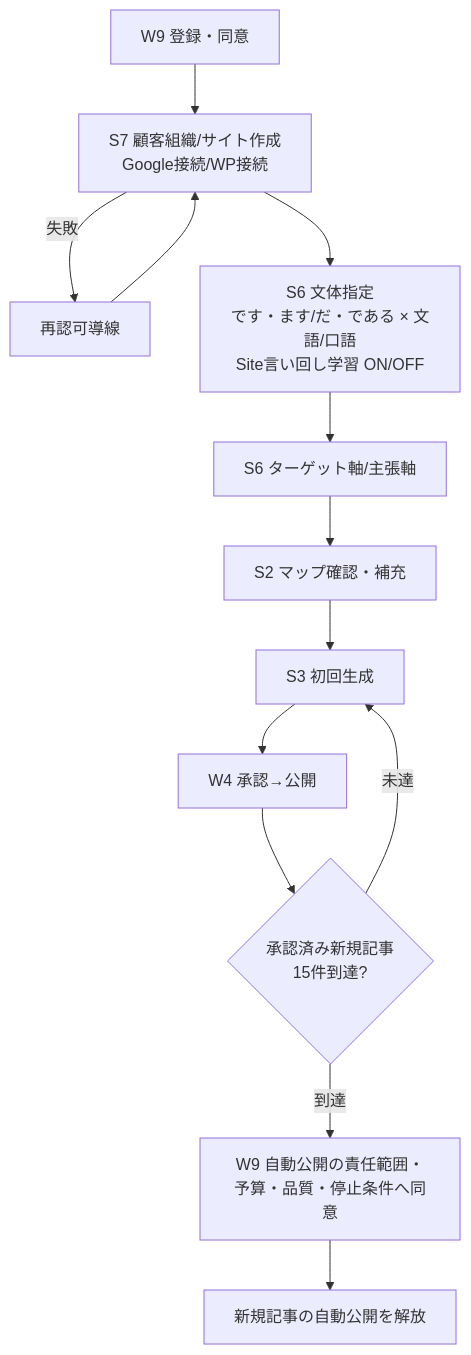
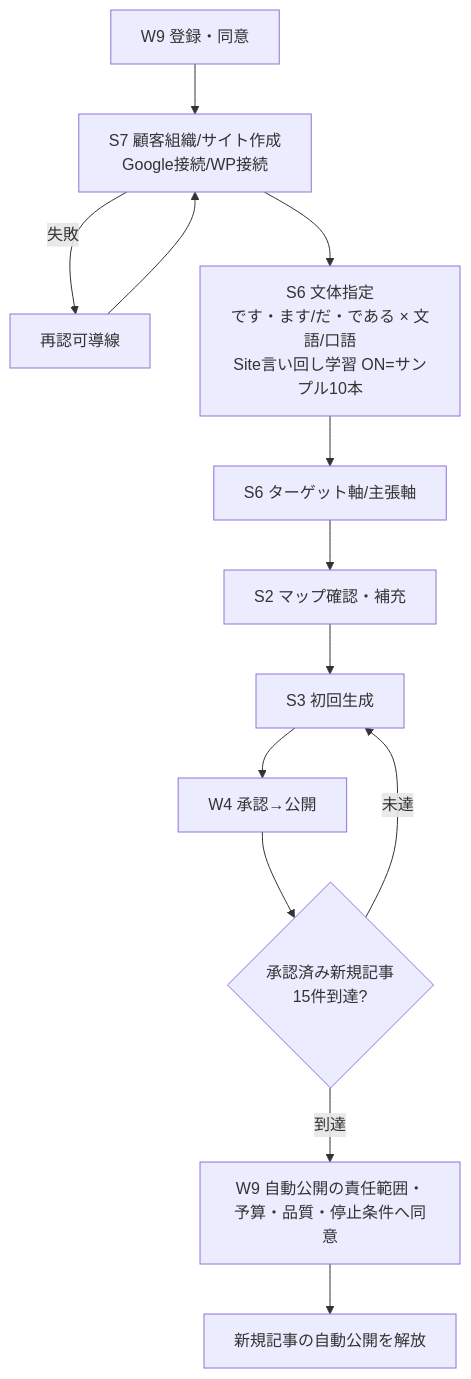
The fifth of 7 diagrams in docs/design/ai-office-de-seo/L3-ui-prototype/ai-office-de-seo-screen-flow_v3.7.md (unison-ai-product/AI-Office-de-SEO), drawn with Mermaid before and after one commit. The commit also changed 7 other files, not shown here.

````diff
--- a/docs/design/ai-office-de-seo/L3-ui-prototype/ai-office-de-seo-screen-flow_v3.7.md
+++ b/docs/design/ai-office-de-seo/L3-ui-prototype/ai-office-de-seo-screen-flow_v3.7.md
@@ -91,12 +91,12 @@
 ```mermaid
 flowchart TD
   A[W9 登録・同意] --> B[S7 顧客組織/サイト作成<br/>Google接続/WP接続]
   B -->|失敗| B2[再認可導線] --> B
-  B --> C[S6 文体指定<br/>です・ます/だ・である × 文語/口語<br/>Site言い回し学習 ON/OFF]
+  B --> C[S6 文体指定<br/>です・ます/だ・である × 文語/口語<br/>Site言い回し学習 ON=サンプル10本]
   C --> D[S6 ターゲット軸/主張軸]
   D --> E[S2 マップ確認・補充] --> F[S3 初回生成] --> G[W4 承認→公開]
   G --> H{承認済み新規記事<br/>15件到達?}
   H -->|未達| F
   H -->|到達| I[W9 自動公開の責任範囲・予算・品質・停止条件へ同意]
   I --> J[新規記事の自動公開を解放]
 ```
````
